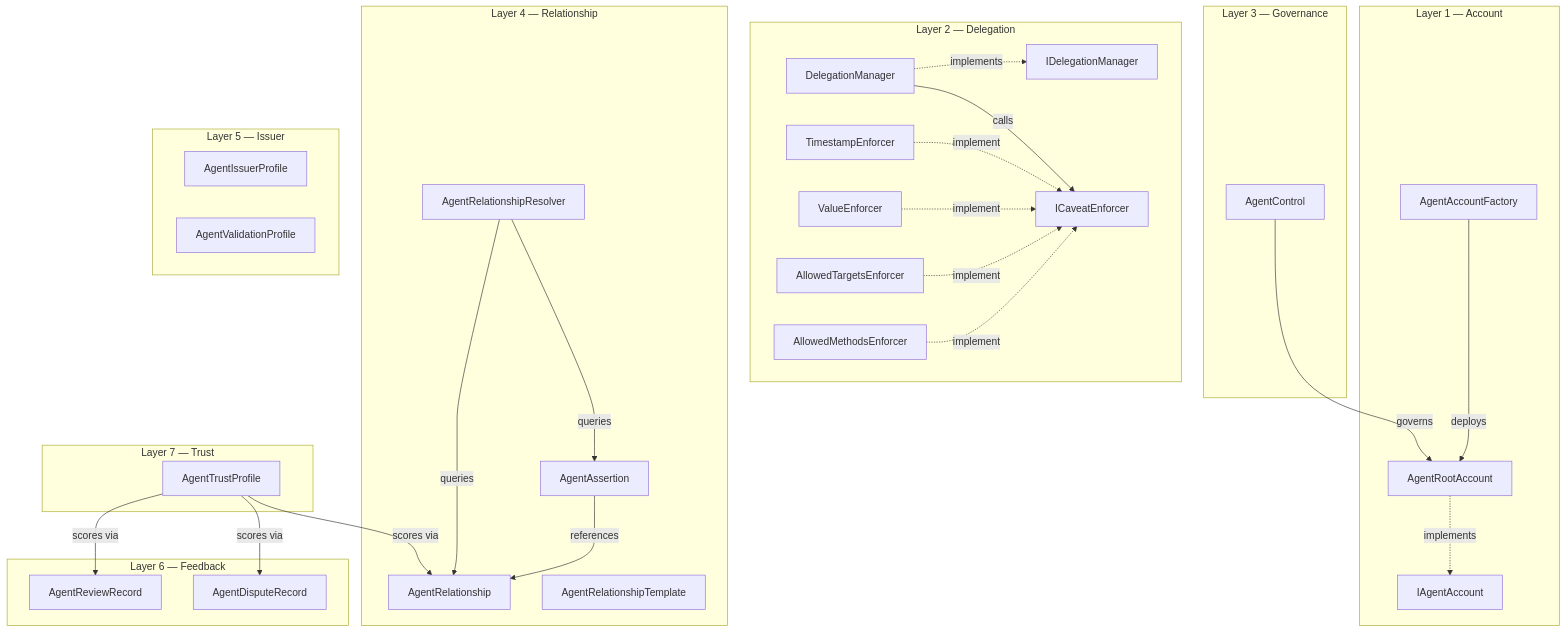
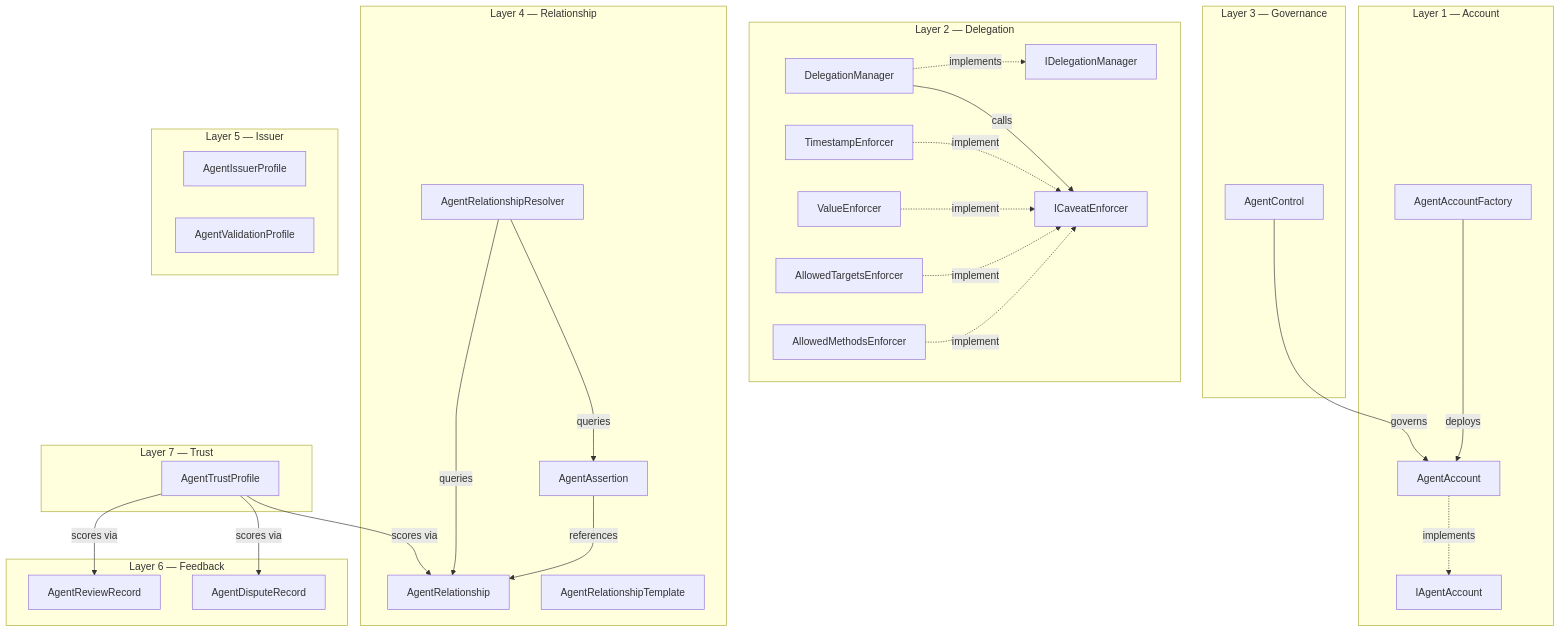
Before and after one commit to agentictrustlabs/smart-agent: the first of 8 diagrams in docs/architecture/contracts.md, drawn with Mermaid. The commit also changed other lines of this file and 56 other files, not shown here.

````diff
--- a/docs/architecture/contracts.md
+++ b/docs/architecture/contracts.md
@@ -16,53 +16,53 @@
 ```mermaid
 graph TB
     subgraph "Layer 1 — Account"
         IAgent[IAgentAccount]
-        ARA[AgentRootAccount]
+        ARA[AgentAccount]
         AAF[AgentAccountFactory]
     end
 
     subgraph "Layer 2 — Delegation"
         IDM[IDelegationManager]
         DM[DelegationManager]
         ICE[ICaveatEnforcer]
         TE[TimestampEnforcer]
         VE[ValueEnforcer]
         ATE[AllowedTargetsEnforcer]
         AME[AllowedMethodsEnforcer]
     end
 
     subgraph "Layer 3 — Governance"
         AC[AgentControl]
     end
 
     subgraph "Layer 4 — Relationship"
         AR[AgentRelationship]
         AA[AgentAssertion]
         ARR[AgentRelationshipResolver]
         ART[AgentRelationshipTemplate]
     end
 
     subgraph "Layer 5 — Issuer"
         AIP[AgentIssuerProfile]
         AVP[AgentValidationProfile]
     end
 
     subgraph "Layer 6 — Feedback"
         ARVR[AgentReviewRecord]
         ADR[AgentDisputeRecord]
     end
 
     subgraph "Layer 7 — Trust"
         ATP[AgentTrustProfile]
     end
 
     AAF -->|deploys| ARA
     ARA -.->|implements| IAgent
     DM -.->|implements| IDM
     DM -->|calls| ICE
     TE & VE & ATE & AME -.->|implement| ICE
     AC -->|governs| ARA
     AA -->|references| AR
     ARR -->|queries| AR & AA
     ATP -->|scores via| AR & ARVR & ADR
 ```
````
